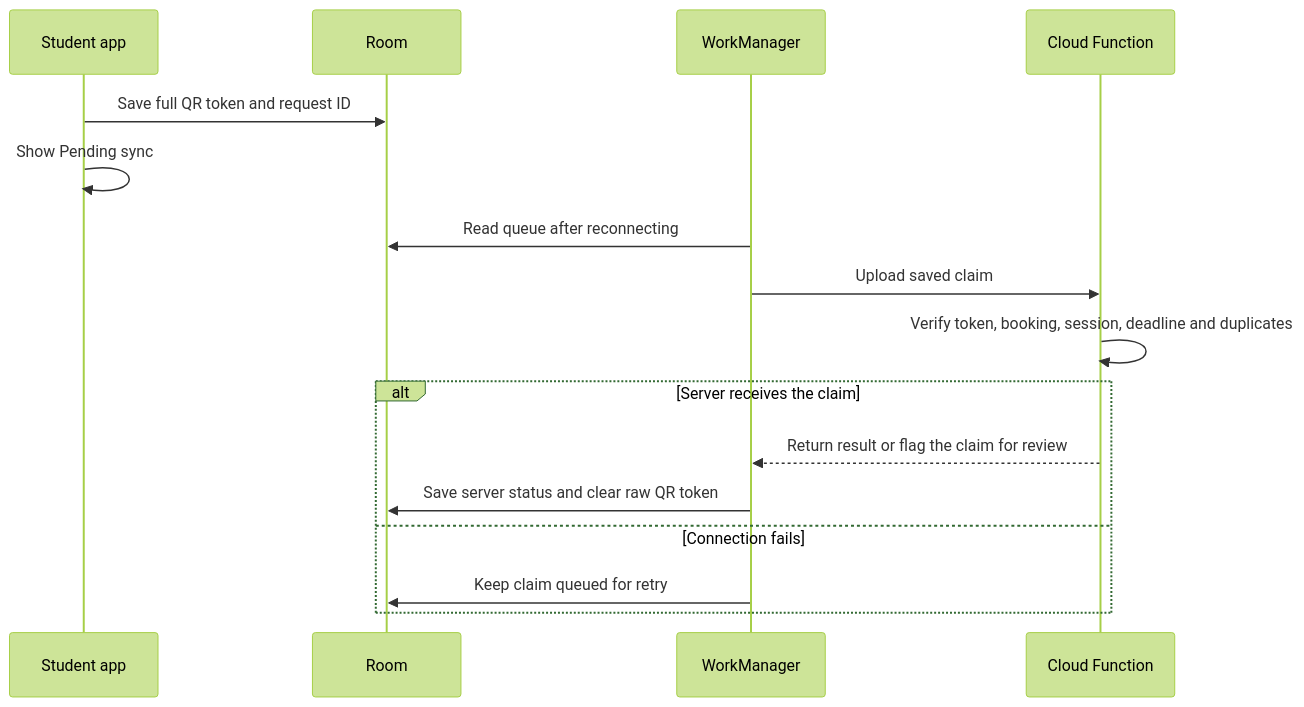
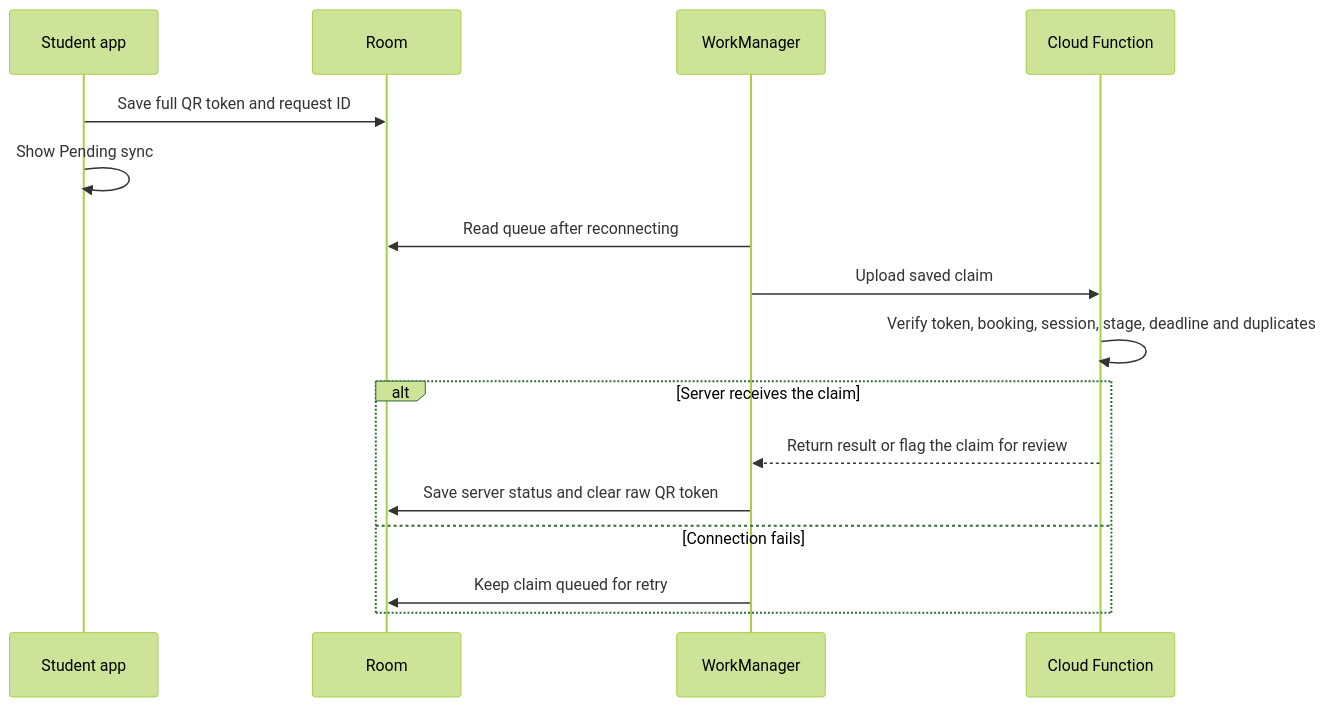
The second of 2 diagrams in docs/attendance-security-and-sync.md (k31k1w0n9/Group-M-sCPD-Tracker), drawn with Mermaid (forest theme) before and after one commit. The commit also changed other lines of this file and 81 other files, not shown here.

````diff
--- a/docs/attendance-security-and-sync.md
+++ b/docs/attendance-security-and-sync.md
@@ -45,18 +50,18 @@
 ```mermaid
 sequenceDiagram
   participant S as Student app
   participant R as Room
   participant W as WorkManager
   participant F as Cloud Function
   S->>R: Save full QR token and request ID
   S->>S: Show Pending sync
   W->>R: Read queue after reconnecting
   W->>F: Upload saved claim
-  F->>F: Verify token, booking, session, deadline and duplicates
+  F->>F: Verify token, booking, session, stage, deadline and duplicates
   alt Server receives the claim
     F-->>W: Return result or flag the claim for review
     W->>R: Save server status and clear raw QR token
   else Connection fails
     W->>R: Keep claim queued for retry
   end
 ```
````
